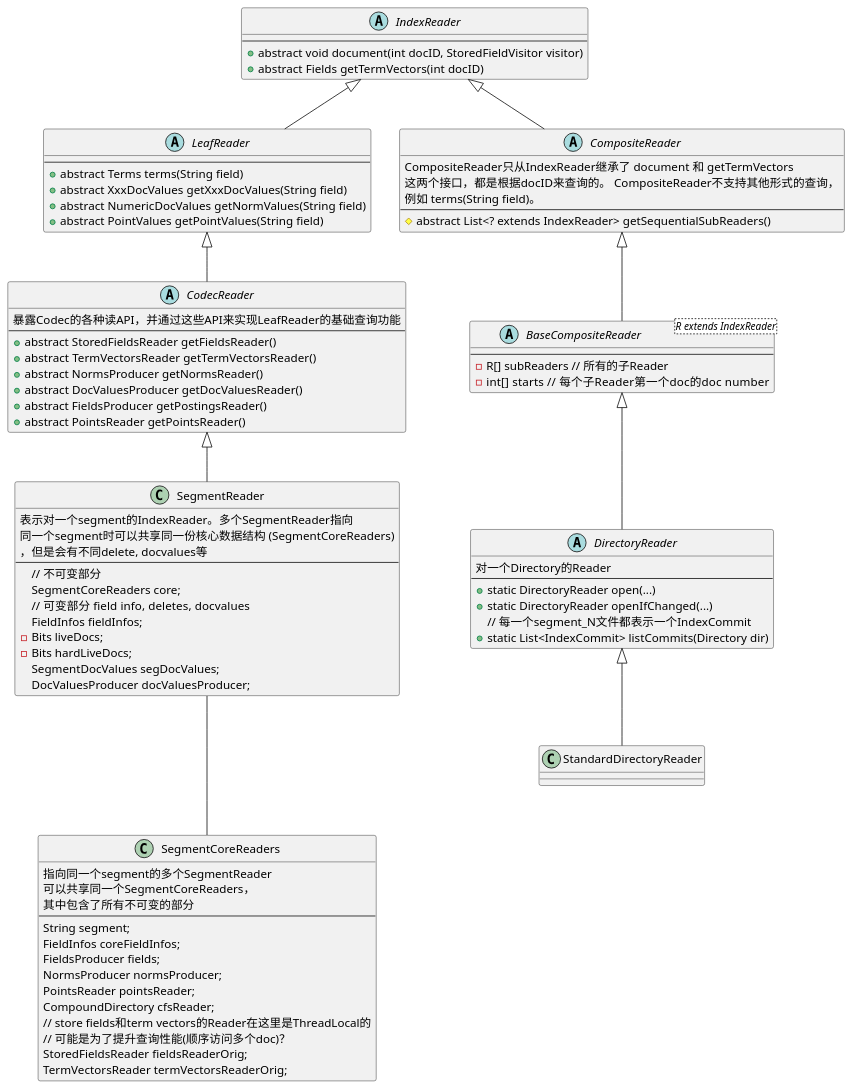
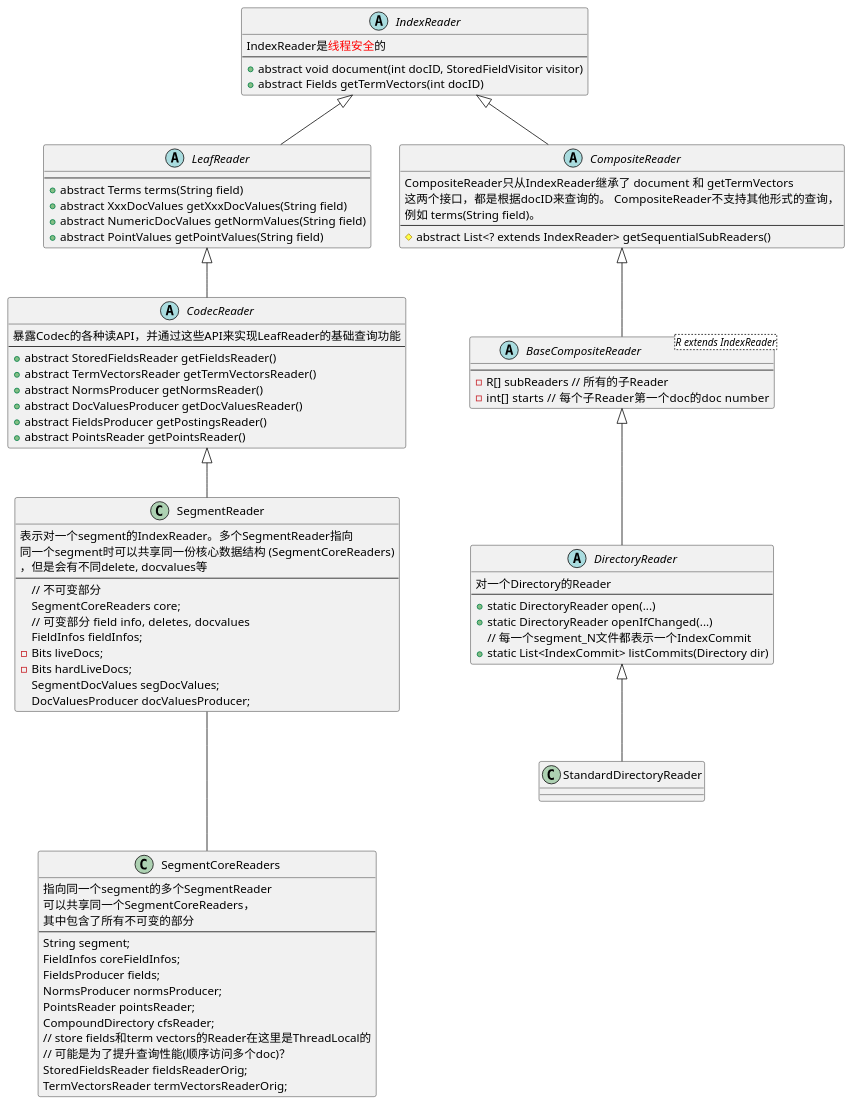
The diagram in uml-graph/IndexReader.puml (zouxiang1993/lucene), drawn with PlantUML before and after one commit. The commit also changed 3 other files, not shown here.

```diff
--- a/uml-graph/IndexReader.puml
+++ b/uml-graph/IndexReader.puml
@@ -1,97 +1,98 @@
 @startuml
 'https://plantuml.com/class-diagram
 
 abstract class IndexReader {
+  IndexReader是<font color="red">线程安全</font>的
   ---
   + abstract void document(int docID, StoredFieldVisitor visitor)
   + abstract Fields getTermVectors(int docID)
 }
 
 abstract class LeafReader {
   ---
   + abstract Terms terms(String field)
   + abstract XxxDocValues getXxxDocValues(String field)
   + abstract NumericDocValues getNormValues(String field)
   + abstract PointValues getPointValues(String field)
 }
 
 abstract class CompositeReader {
   CompositeReader只从IndexReader继承了 document 和 getTermVectors
   这两个接口，都是根据docID来查询的。 CompositeReader不支持其他形式的查询，
   例如 terms(String field)。
   ---
   # abstract List<? extends IndexReader> getSequentialSubReaders()
 }
 
 abstract class CodecReader {
   暴露Codec的各种读API，并通过这些API来实现LeafReader的基础查询功能
   ---
   + abstract StoredFieldsReader getFieldsReader()
   + abstract TermVectorsReader getTermVectorsReader()
   + abstract NormsProducer getNormsReader()
   + abstract DocValuesProducer getDocValuesReader()
   + abstract FieldsProducer getPostingsReader()
   + abstract PointsReader getPointsReader()
 }
 
 class SegmentReader {
   表示对一个segment的IndexReader。多个SegmentReader指向
   同一个segment时可以共享同一份核心数据结构 (SegmentCoreReaders)
   ，但是会有不同delete, docvalues等
   ---
   // 不可变部分
   SegmentCoreReaders core;
   // 可变部分  field info, deletes, docvalues
   FieldInfos fieldInfos;
   - Bits liveDocs;
   - Bits hardLiveDocs;
   SegmentDocValues segDocValues;
   DocValuesProducer docValuesProducer;
 }
 
 class SegmentCoreReaders {
   指向同一个segment的多个SegmentReader
   可以共享同一个SegmentCoreReaders，
   其中包含了所有不可变的部分
   ---
   String segment;
   FieldInfos coreFieldInfos;
   FieldsProducer fields;
   NormsProducer normsProducer;
   PointsReader pointsReader;
   CompoundDirectory cfsReader;
   // store fields和term vectors的Reader在这里是ThreadLocal的
   // 可能是为了提升查询性能(顺序访问多个doc)？
   StoredFieldsReader fieldsReaderOrig;
   TermVectorsReader termVectorsReaderOrig;
 }
 
 abstract class BaseCompositeReader<R extends IndexReader> {
   ---
   - R[] subReaders // 所有的子Reader
   - int[] starts   // 每个子Reader第一个doc的doc number
 }
 
 abstract class DirectoryReader {
   对一个Directory的Reader
   ---
   + static DirectoryReader open(...)
   + static DirectoryReader openIfChanged(...)
   // 每一个segment_N文件都表示一个IndexCommit
   + static List<IndexCommit> listCommits(Directory dir)
 }
 
 class StandardDirectoryReader
 
 IndexReader <|-- LeafReader
 IndexReader <|-- CompositeReader
 
 LeafReader <|-- CodecReader
 CodecReader <|-- SegmentReader
 
 CompositeReader <|-- BaseCompositeReader
 BaseCompositeReader <|-- DirectoryReader
 DirectoryReader <|-- StandardDirectoryReader
 
 SegmentReader -down-- SegmentCoreReaders
 @enduml
```
